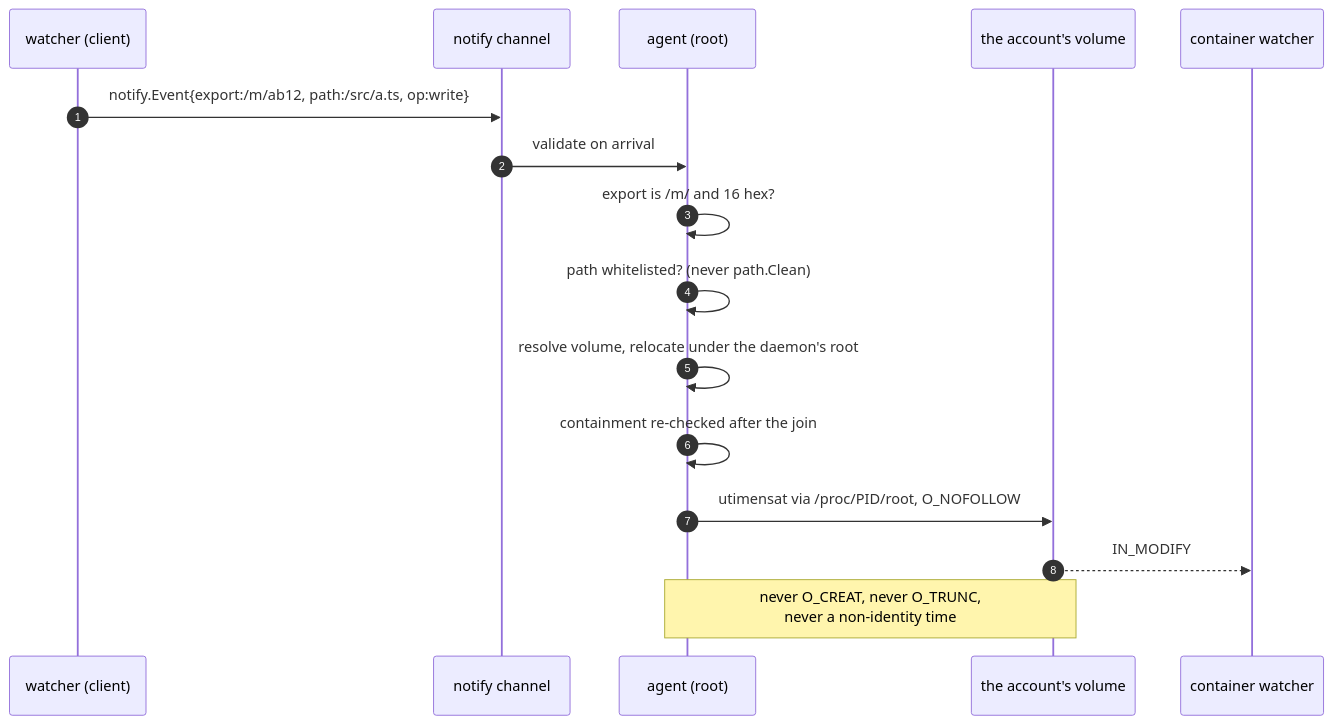
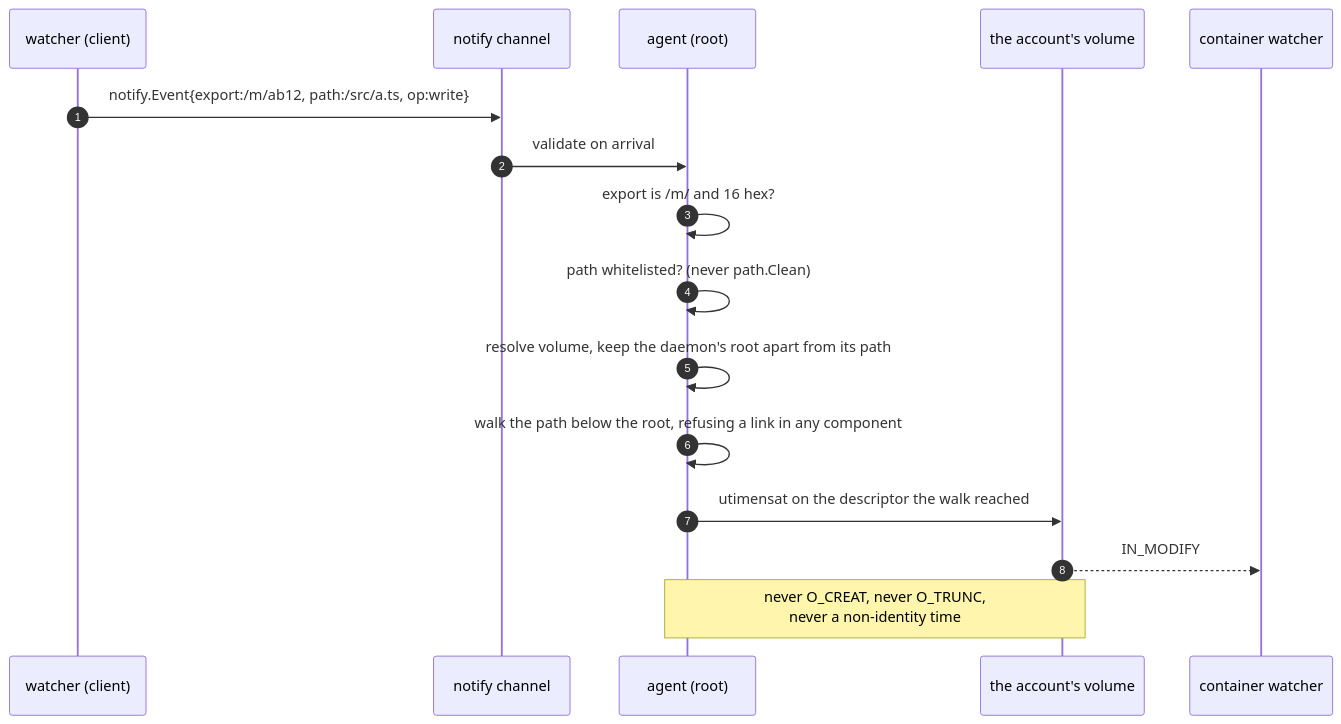
Diagram 11 of 17 in docs/threat-model.md (lhns/remote-docker), drawn with Mermaid before and after one commit. The commit also changed other lines of this file and 24 other files, not shown here.

````diff
--- a/docs/threat-model.md
+++ b/docs/threat-model.md
@@ -1049,19 +1049,19 @@
 ```mermaid
 sequenceDiagram
     autonumber
     participant W as watcher (client)
     participant Ch as notify channel
     participant Ag as agent (root)
     participant Vol as the account's volume
     participant C as container watcher
 
     W->>Ch: notify.Event{export:/m/ab12, path:/src/a.ts, op:write}
     Ch->>Ag: validate on arrival
     Ag->>Ag: export is /m/ and 16 hex?
     Ag->>Ag: path whitelisted? (never path.Clean)
-    Ag->>Ag: resolve volume, relocate under the daemon's root
-    Ag->>Ag: containment re-checked after the join
-    Ag->>Vol: utimensat via /proc/PID/root, O_NOFOLLOW
+    Ag->>Ag: resolve volume, keep the daemon's root apart from its path
+    Ag->>Ag: walk the path below the root, refusing a link in any component
+    Ag->>Vol: utimensat on the descriptor the walk reached
     Vol-->>C: IN_MODIFY
     Note over Ag,Vol: never O_CREAT, never O_TRUNC,<br/>never a non-identity time
 ```
````
